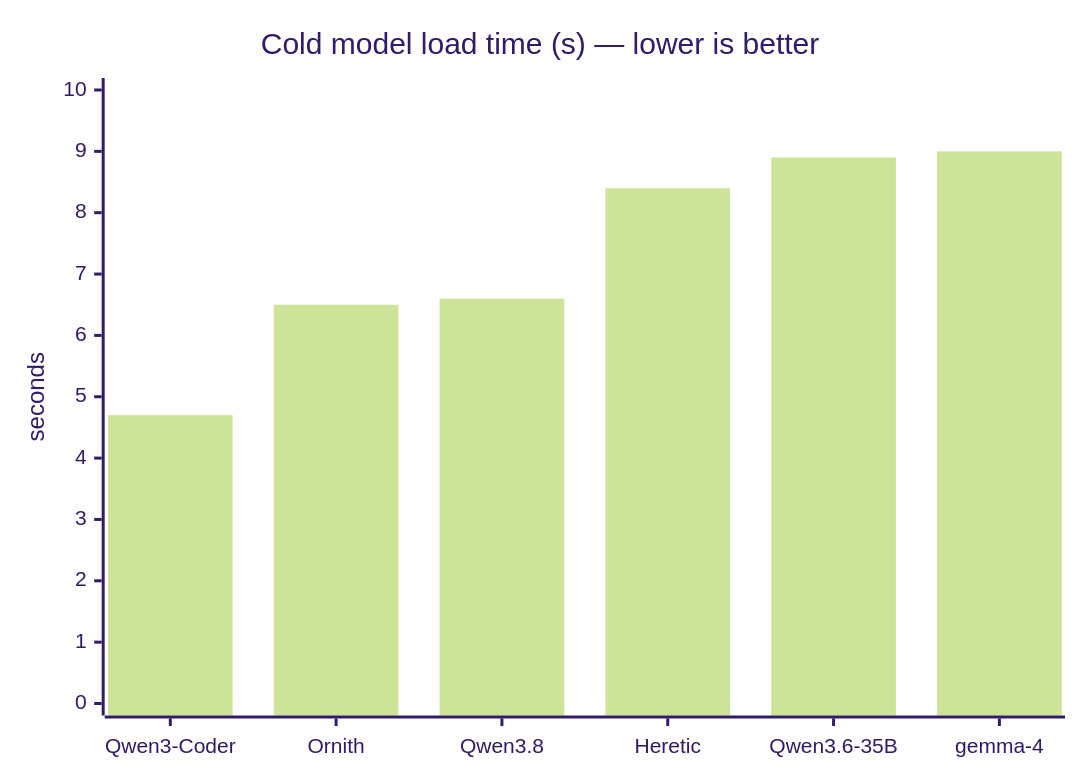
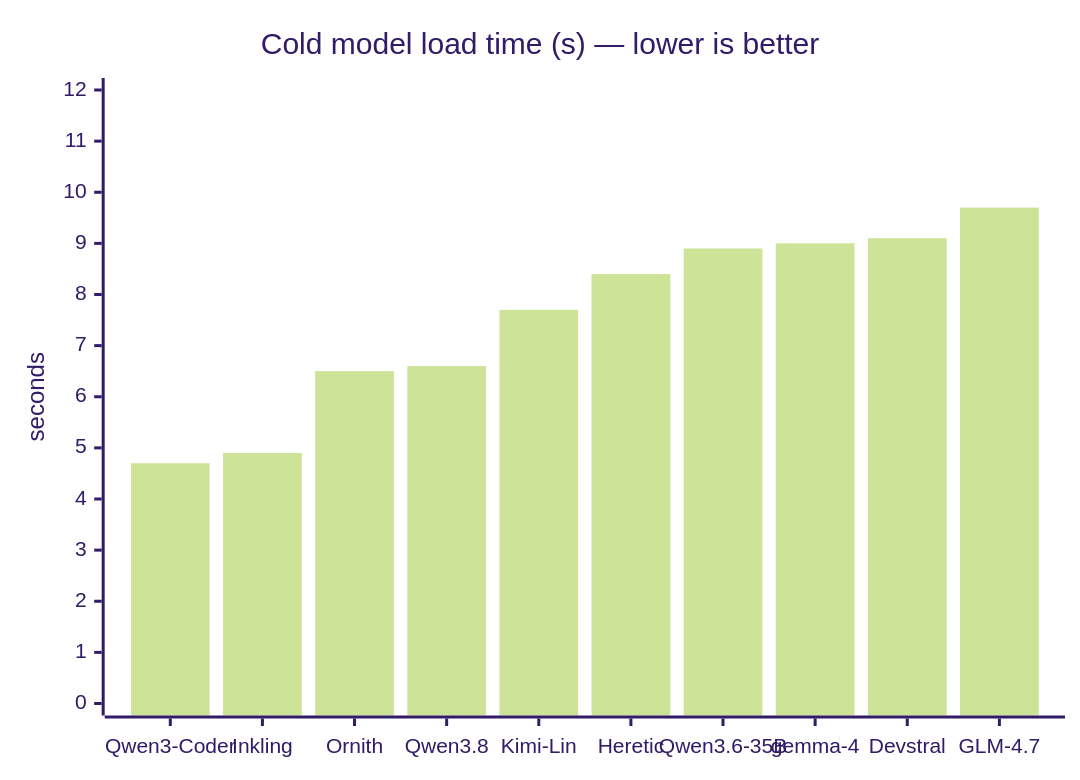
One commit to mahirfatih/omlx-m1-max-benchmark changed the third of 4 diagrams in README.md. Above: the diagram before and after it, drawn with Mermaid (forest theme). The commit also changed other lines of this file and 56 other files, not shown here.

````diff
--- a/README.md
+++ b/README.md
@@ -159,7 +169,7 @@
 ```mermaid
 xychart-beta
     title "Cold model load time (s) — lower is better"
-    x-axis ["Qwen3-Coder", "Ornith", "Qwen3.8", "Heretic", "Qwen3.6-35B", "gemma-4"]
-    y-axis "seconds" 0 --> 10
-    bar [4.7, 6.5, 6.6, 8.4, 8.9, 9.0]
+    x-axis ["Qwen3-Coder", "Inkling", "Ornith", "Qwen3.8", "Kimi-Lin", "Heretic", "Qwen3.6-35B", "gemma-4", "Devstral", "GLM-4.7"]
+    y-axis "seconds" 0 --> 12
+    bar [4.7, 4.9, 6.5, 6.6, 7.7, 8.4, 8.9, 9.0, 9.1, 9.7]
 ```
````
